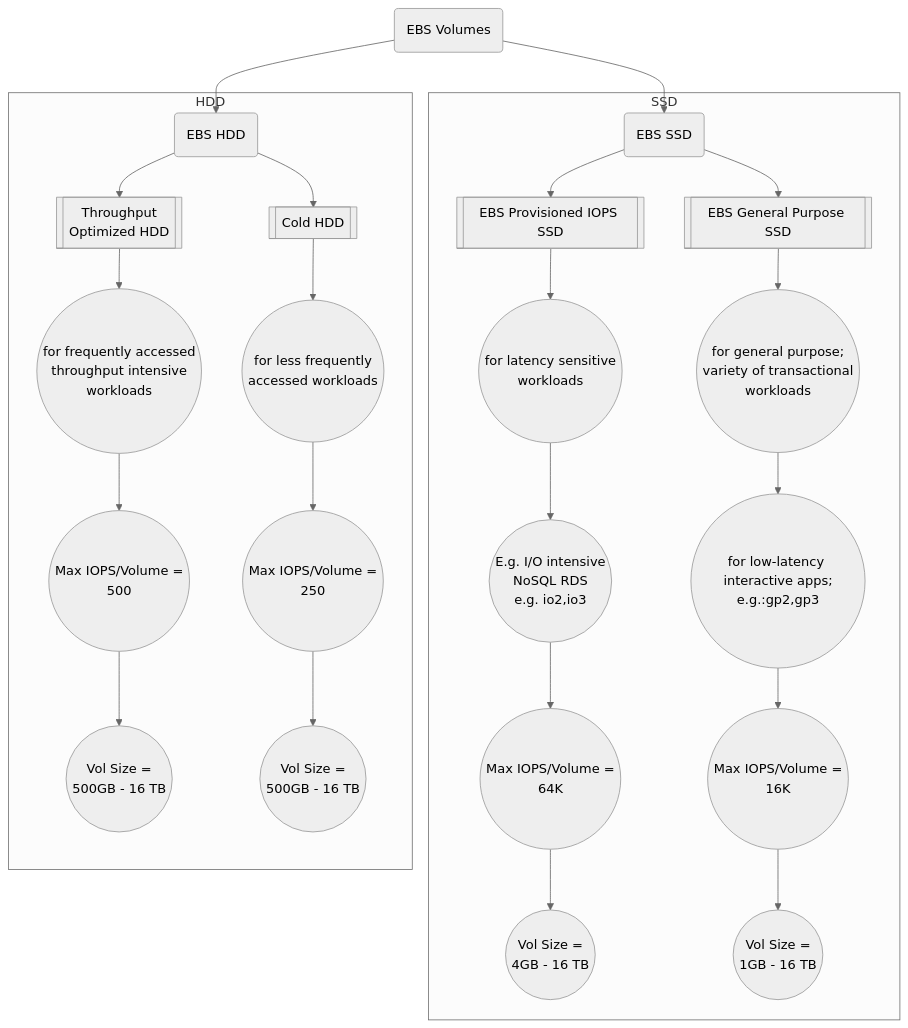
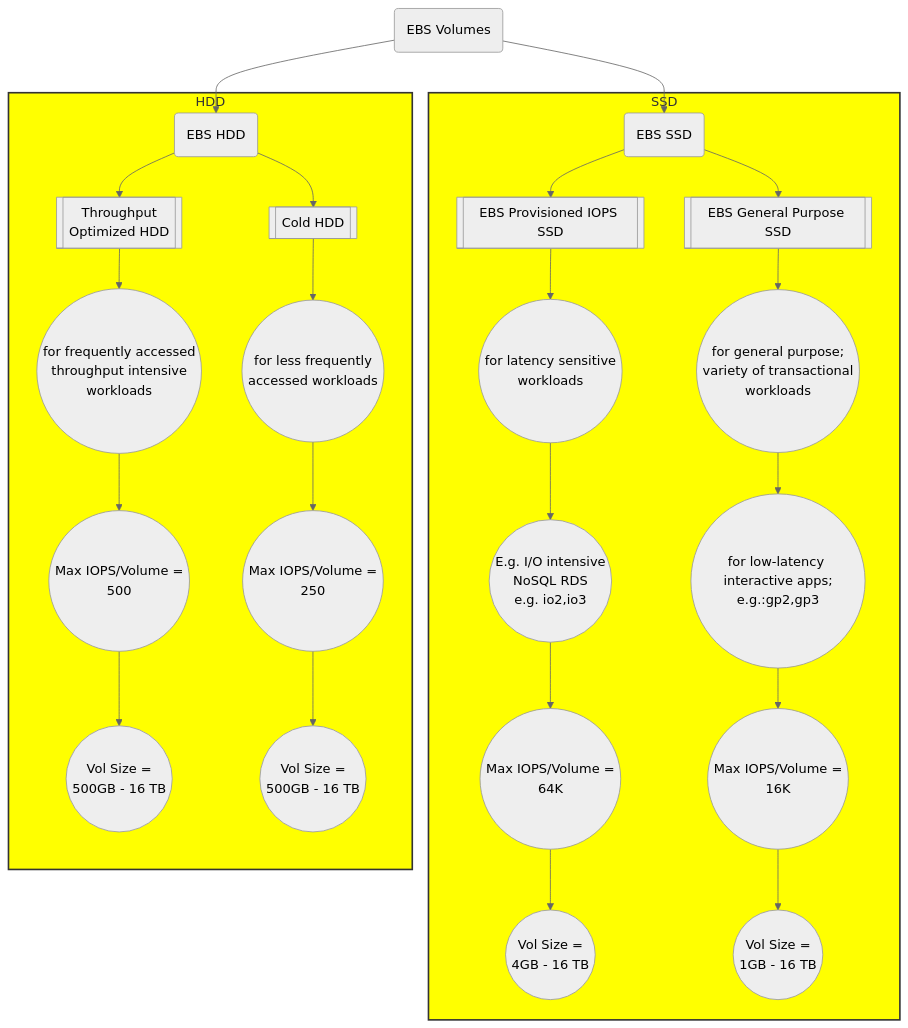
One commit to senthilkumarm1901/learn_by_blogging changed diagram 18 of 27 in posts/rough_notes/aws_technical_essentials_course_notes.qmd. Above: the diagram before and after it, drawn with Mermaid (neutral theme). The commit also changed other lines of this file and 193 other files, not shown here.

````diff
--- a/posts/rough_notes/aws_technical_essentials_course_notes.qmd
+++ b/posts/rough_notes/aws_technical_essentials_course_notes.qmd
@@ -1251,41 +1543,42 @@
 ```{mermaid}
 flowchart TD
   EBS(EBS Volumes)
   subgraph SSD
     EBS_SSD(EBS SSD)
     SSD1[[EBS Provisioned IOPS SSD]]
     SSD2[[EBS General Purpose SSD]]
     EBS_SSD --> SSD1
     EBS_SSD --> SSD2
     SSD1 --> app1((for latency sensitive<br>workloads))
     app1 --> ex1((E.g. I/O intensive<br> NoSQL RDS<br>e.g. io2,io3))
     SSD2 --> app2((for general purpose;<br>variety of transactional<br>workloads))
     app2 --> ex2((for low-latency interactive apps;<br>e.g.:gp2,gp3)) 
     max1((Max IOPS/Volume =<br> 64K))
     vol_size1((Vol Size =<br> 4GB - 16 TB))
     max2((Max IOPS/Volume =<br> 16K))
     vol_size2((Vol Size =<br> 1GB - 16 TB))
     ex1 --> max1
     ex2 --> max2 
     max1 --> vol_size1
     max2 --> vol_size2
   end
   subgraph HDD
     EBS_HDD(EBS HDD)
     HDD1[[Throughput<br>Optimized HDD]]
     HDD2[[Cold HDD]]
     apphd1((for frequently accessed<br>throughput intensive<br>workloads))
     apphd2((for less frequently<br>accessed workloads))
     maxhd1((Max IOPS/Volume =<br> 500))
     vol_sizehd1((Vol Size =<br> 500GB - 16 TB))
     maxhd2((Max IOPS/Volume =<br> 250))
     vol_sizehd2((Vol Size =<br> 500GB - 16 TB))
     EBS_HDD --> HDD1
     EBS_HDD --> HDD2
     HDD1 --> apphd1 --> maxhd1 --> vol_sizehd1
     HDD2 --> apphd2 --> maxhd2 --> vol_sizehd2
   end      
   EBS --> EBS_SSD
   EBS --> EBS_HDD
-
+  style HDD fill:#FFFF00,stroke:#333,stroke-width:2px
+  style SSD fill:#FFFF00,stroke:#333,stroke-width:2px
 ```
````
